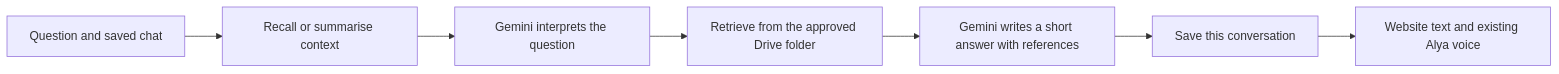
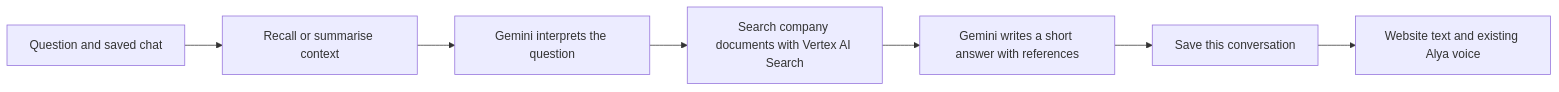
One commit to UniVRse-Interactive/univrse-onboardai changed the diagram in docs/chat-and-memory.md. Above: the diagram before and after it, drawn with Mermaid. The commit also changed other lines of this file and 25 other files, not shown here.

First line of the commit message:
Answer company questions from Vertex AI Search instead of Google Drive (#5)

````diff
--- a/docs/chat-and-memory.md
+++ b/docs/chat-and-memory.md
@@ -7,9 +7,9 @@
 ```mermaid
 flowchart LR
   Q[Question and saved chat] --> M[Recall or summarise context]
   M --> I[Gemini interprets the question]
-  I --> R[Retrieve from the approved Drive folder]
+  I --> R[Search company documents with Vertex AI Search]
   R --> A[Gemini writes a short answer with references]
   A --> S[Save this conversation]
   S --> W[Website text and existing Alya voice]
 ```
````
